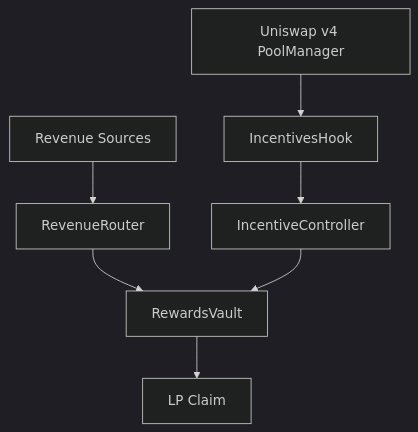
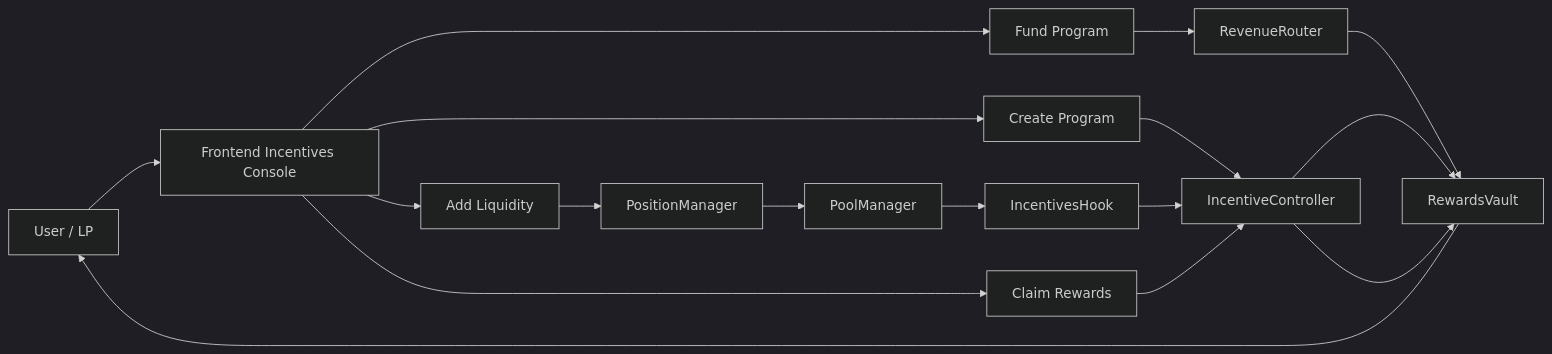
One commit to blue-benz/ERD-Hook changed the first of 2 diagrams in README.md. Above: the diagram before and after it, drawn with Mermaid (dark theme). The commit also changed other lines of this file, not shown here.

Commit message:
docs(readme): restructure narrative, integrations, diagrams, and demo sections

````diff
--- a/README.md
+++ b/README.md
@@ -28,9 +61,20 @@
 ```mermaid
-flowchart TD
-  A[Revenue Sources] --> B[RevenueRouter]
-  B --> C[RewardsVault]
-  D[Uniswap v4 PoolManager] --> E[IncentivesHook]
-  E --> F[IncentiveController]
-  F --> C
-  C --> G[LP Claim]
+flowchart LR
+  U[User / LP] --> FE[Frontend Incentives Console]
+  FE --> P1[Create Program]
+  FE --> P2[Fund Program]
+  FE --> P3[Add Liquidity]
+  FE --> P4[Claim Rewards]
+
+  P1 --> CTRL[IncentiveController]
+  P2 --> ROUTER[RevenueRouter]
+  ROUTER --> VAULT[RewardsVault]
+  P3 --> POSM[PositionManager]
+  POSM --> PM[PoolManager]
+  PM --> HOOK[IncentivesHook]
+  HOOK --> CTRL
+  CTRL --> VAULT
+  P4 --> CTRL
+  CTRL --> VAULT
+  VAULT --> U
 ```
````
